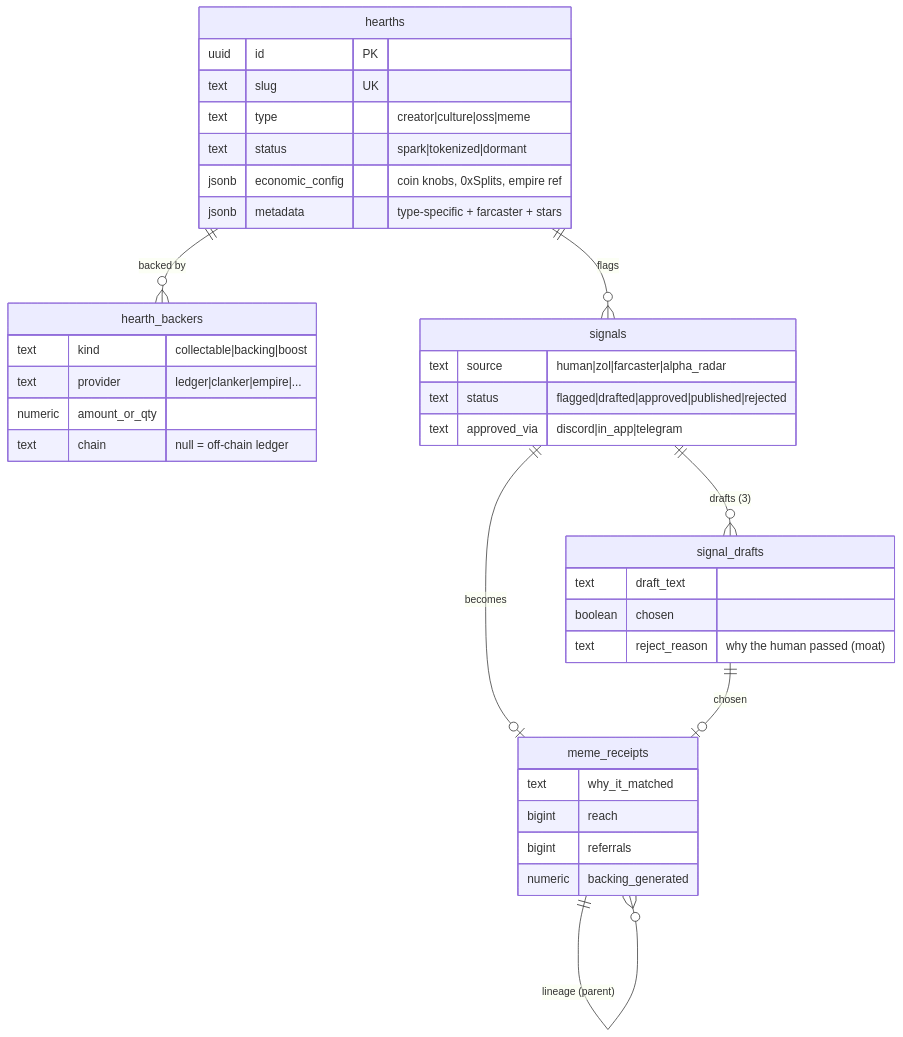
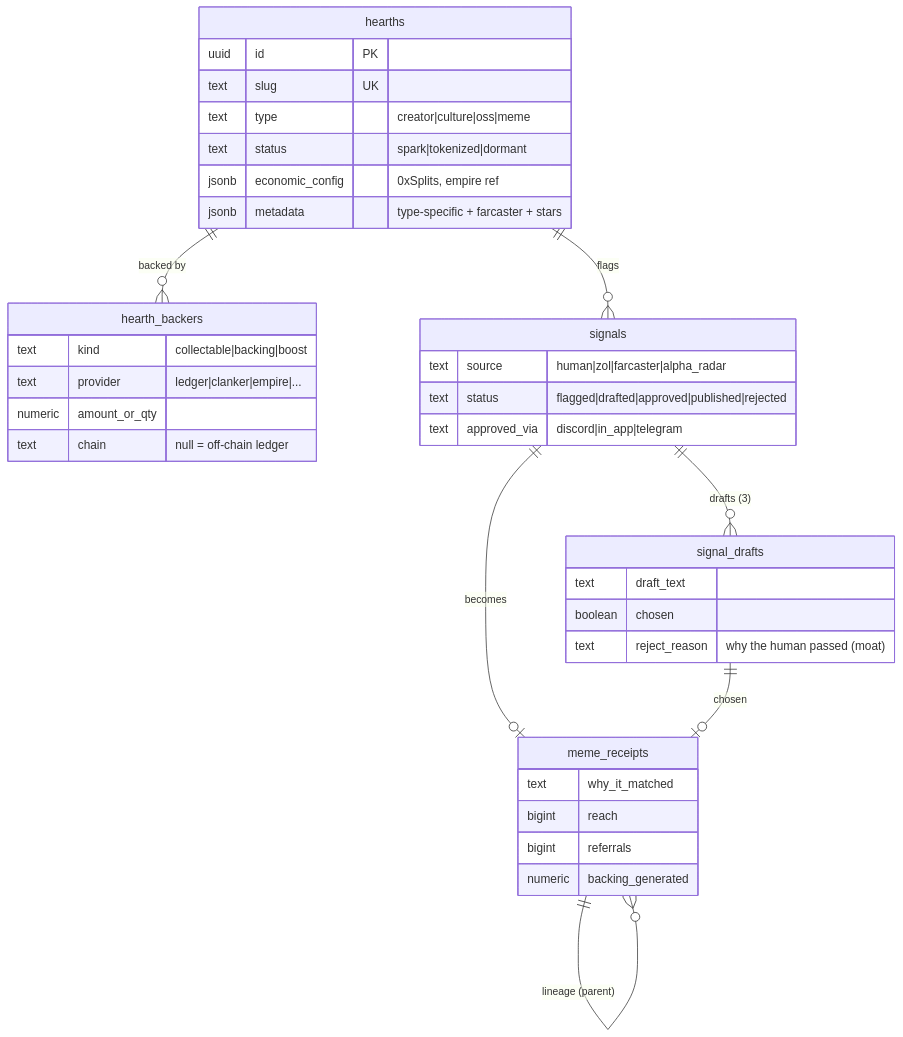
The fourth of 6 diagrams in README.md (bettercallzaal/sparkz), drawn with Mermaid before and after one commit. The commit also changed other lines of this file, not shown here.

````diff
--- a/README.md
+++ b/README.md
@@ -270,40 +268,40 @@
 ```mermaid
 erDiagram
   hearths ||--o{ hearth_backers : "backed by"
   hearths ||--o{ signals : "flags"
   signals  ||--o{ signal_drafts : "drafts (3)"
   signals  ||--o| meme_receipts : "becomes"
   signal_drafts ||--o| meme_receipts : "chosen"
   meme_receipts ||--o{ meme_receipts : "lineage (parent)"
 
   hearths {
     uuid id PK
     text slug UK
     text type "creator|culture|oss|meme"
     text status "spark|tokenized|dormant"
-    jsonb economic_config "coin knobs, 0xSplits, empire ref"
+    jsonb economic_config "0xSplits, empire ref"
     jsonb metadata "type-specific + farcaster + stars"
   }
   hearth_backers {
     text kind "collectable|backing|boost"
     text provider "ledger|clanker|empire|..."
     numeric amount_or_qty
     text chain "null = off-chain ledger"
   }
   signals {
     text source "human|zol|farcaster|alpha_radar"
     text status "flagged|drafted|approved|published|rejected"
     text approved_via "discord|in_app|telegram"
   }
   signal_drafts {
     text draft_text
     boolean chosen
     text reject_reason "why the human passed (moat)"
   }
   meme_receipts {
     text why_it_matched
     bigint reach
     bigint referrals
     numeric backing_generated
   }
 ```
````
